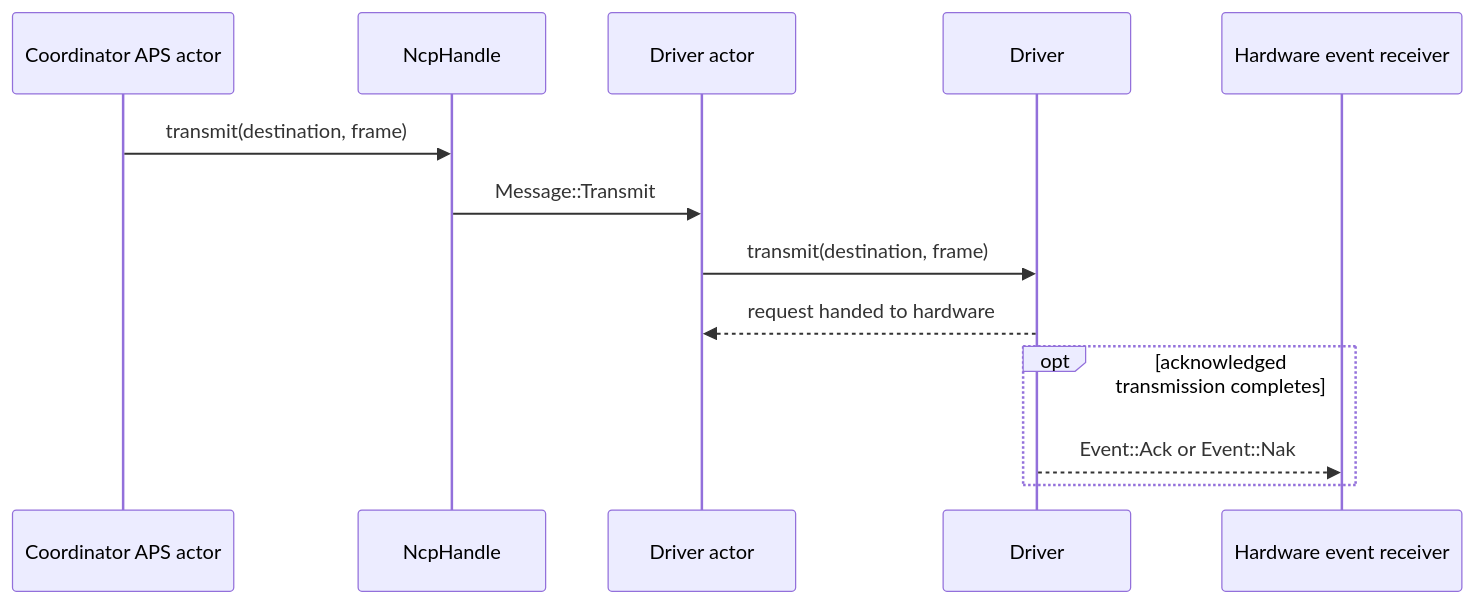
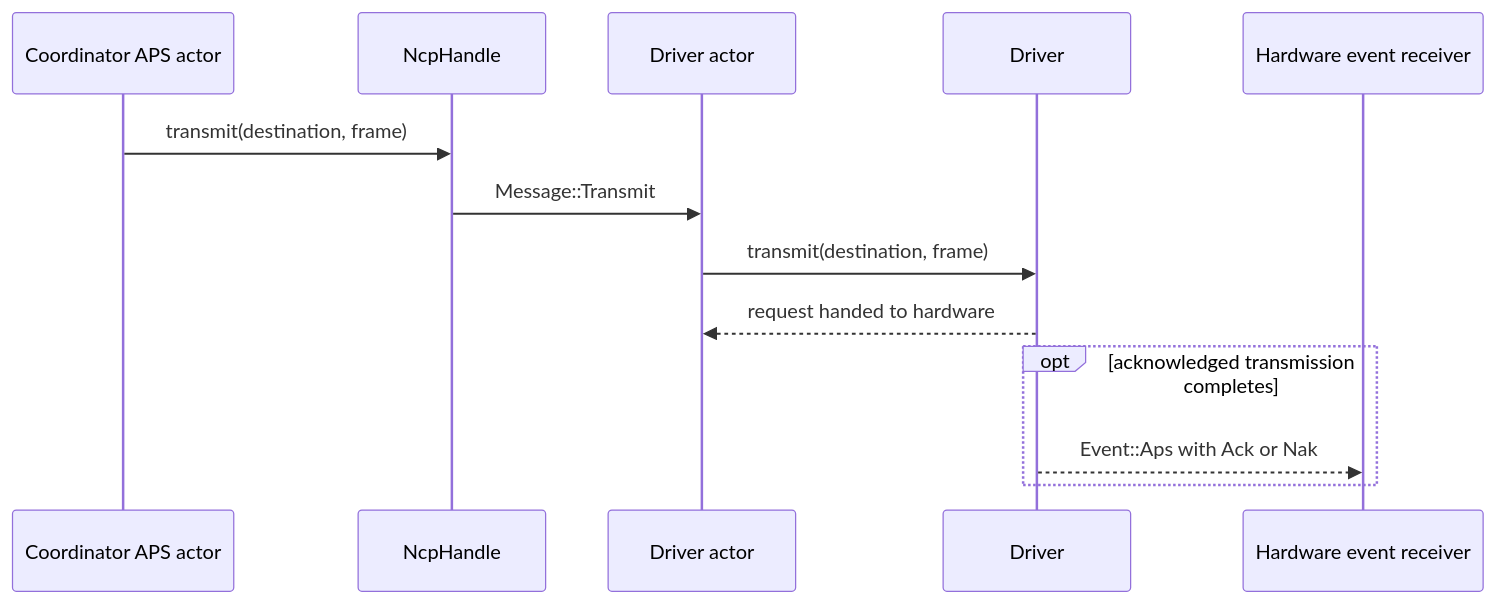
One commit to PaulmannLighting/apis-saltans changed the second of 3 diagrams in hw/ARCHITECTURE.md. Above: the diagram before and after it, drawn with Mermaid. The commit also changed other lines of this file and 12 other files, not shown here.

````diff
--- a/hw/ARCHITECTURE.md
+++ b/hw/ARCHITECTURE.md
@@ -42,16 +42,16 @@
 ```mermaid
 sequenceDiagram
     participant APS as Coordinator APS actor
     participant H as NcpHandle
     participant A as Driver actor
     participant D as Driver
     participant E as Hardware event receiver
 
     APS->>H: transmit(destination, frame)
     H->>A: Message::Transmit
     A->>D: transmit(destination, frame)
     D-->>A: request handed to hardware
     opt acknowledged transmission completes
-        D-->>E: Event::Ack or Event::Nak
+        D-->>E: Event::Aps with Ack or Nak
     end
 ```
````
